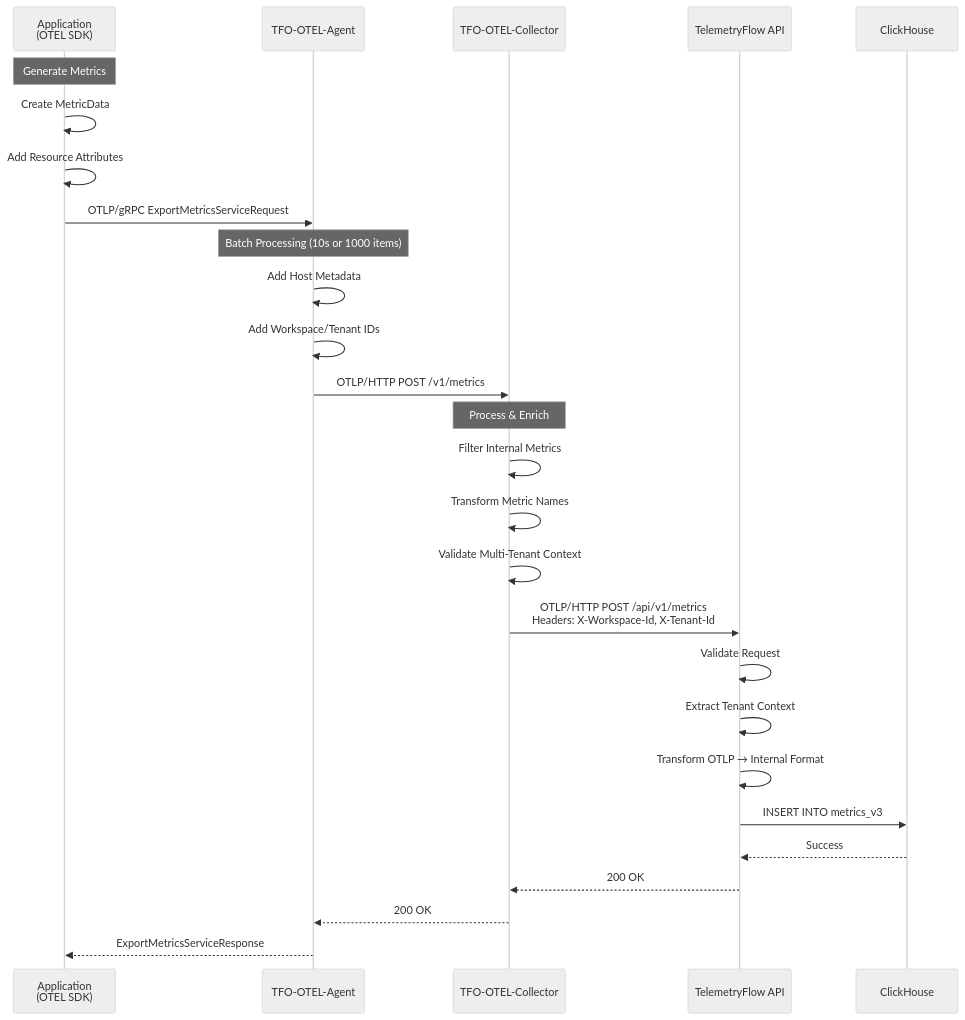
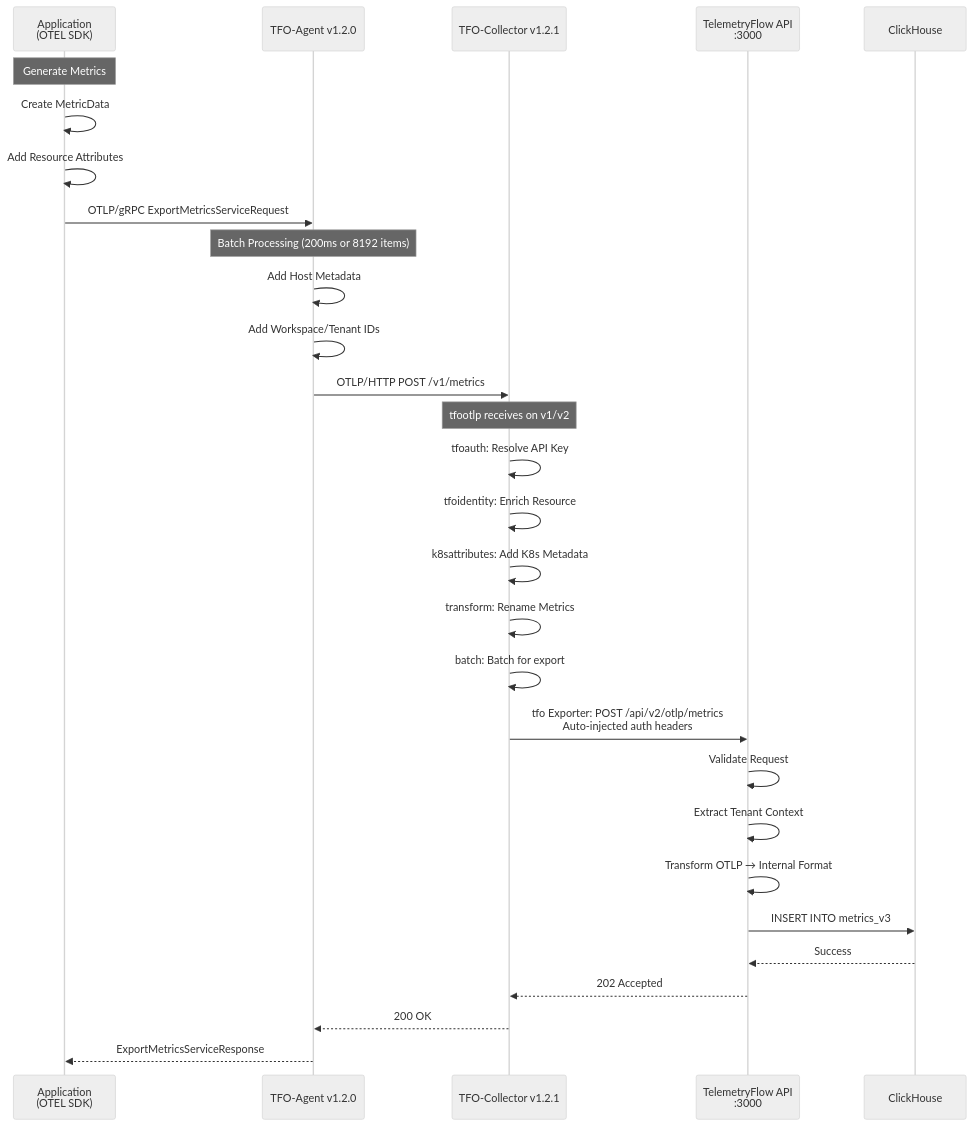
Before and after one commit to telemetryflow/telemetryflow-overview: the fourth of 12 diagrams in tfo-otel/ARCHITECTURE.md, drawn with Mermaid (neutral theme). The commit also changed other lines of this file and 68 other files, not shown here.

````diff
--- a/tfo-otel/ARCHITECTURE.md
+++ b/tfo-otel/ARCHITECTURE.md
@@ -228,33 +210,35 @@
 ```mermaid
 sequenceDiagram
     participant App as Application<br/>(OTEL SDK)
-    participant Agent as TFO-OTEL-Agent
-    participant Collector as TFO-OTEL-Collector
-    participant TFO as TelemetryFlow API
+    participant Agent as TFO-Agent v1.2.0
+    participant Collector as TFO-Collector v1.2.1
+    participant TFO as TelemetryFlow API<br/>:3000
     participant CH as ClickHouse
 
     Note over App: Generate Metrics
     App->>App: Create MetricData
     App->>App: Add Resource Attributes
 
     App->>Agent: OTLP/gRPC ExportMetricsServiceRequest
-    Note over Agent: Batch Processing (10s or 1000 items)
+    Note over Agent: Batch Processing (200ms or 8192 items)
     Agent->>Agent: Add Host Metadata
     Agent->>Agent: Add Workspace/Tenant IDs
 
     Agent->>Collector: OTLP/HTTP POST /v1/metrics
-    Note over Collector: Process & Enrich
-    Collector->>Collector: Filter Internal Metrics
-    Collector->>Collector: Transform Metric Names
-    Collector->>Collector: Validate Multi-Tenant Context
+    Note over Collector: tfootlp receives on v1/v2
+    Collector->>Collector: tfoauth: Resolve API Key
+    Collector->>Collector: tfoidentity: Enrich Resource
+    Collector->>Collector: k8sattributes: Add K8s Metadata
+    Collector->>Collector: transform: Rename Metrics
+    Collector->>Collector: batch: Batch for export
 
-    Collector->>TFO: OTLP/HTTP POST /api/v1/metrics<br/>Headers: X-Workspace-Id, X-Tenant-Id
+    Collector->>TFO: tfo Exporter: POST /api/v2/otlp/metrics<br/>Auto-injected auth headers
     TFO->>TFO: Validate Request
     TFO->>TFO: Extract Tenant Context
     TFO->>TFO: Transform OTLP → Internal Format
     TFO->>CH: INSERT INTO metrics_v3
     CH-->>TFO: Success
-    TFO-->>Collector: 200 OK
+    TFO-->>Collector: 202 Accepted
     Collector-->>Agent: 200 OK
     Agent-->>App: ExportMetricsServiceResponse
 ```
````
